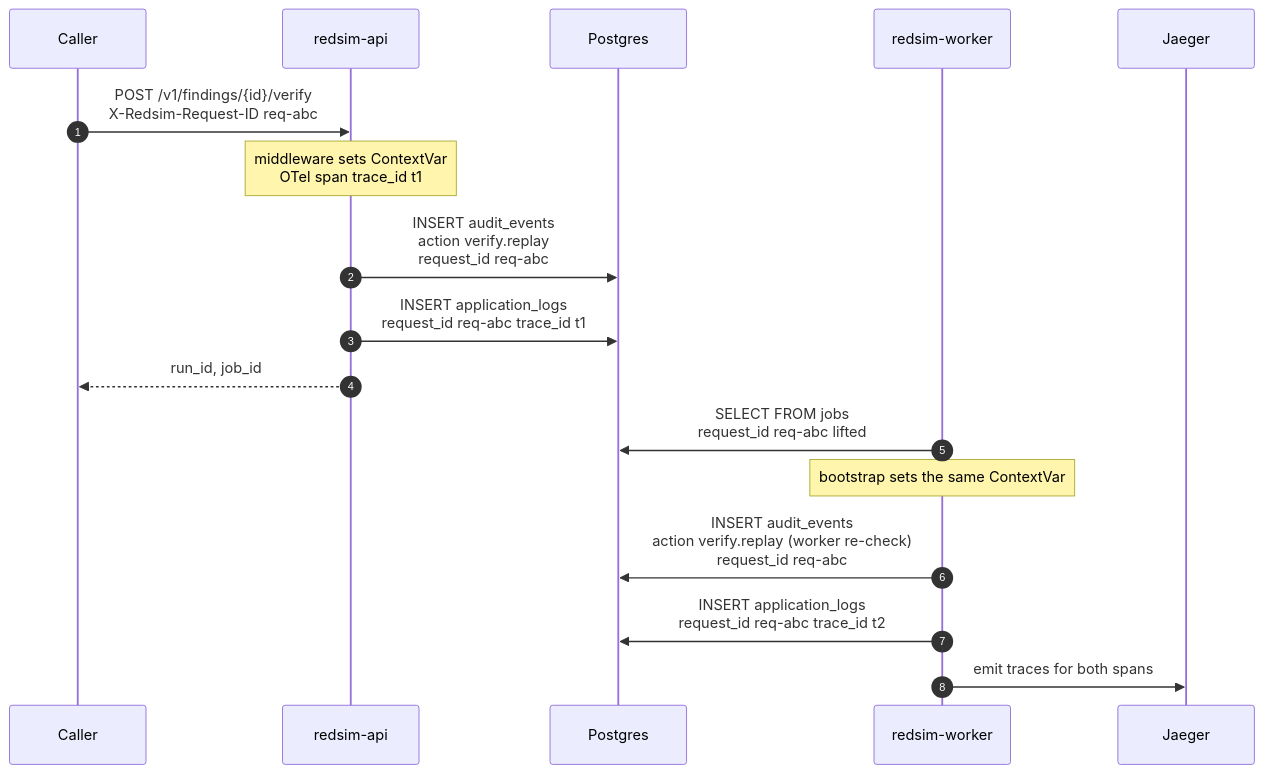
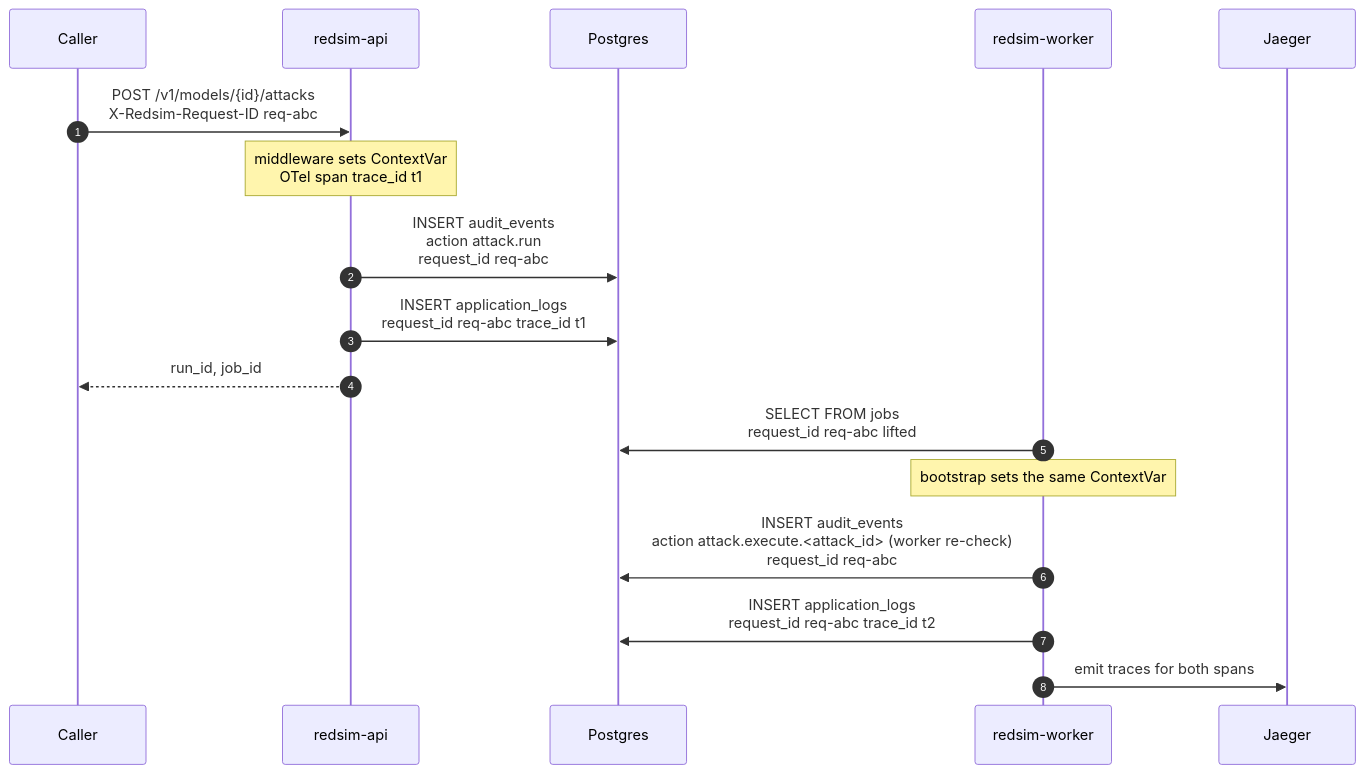
The fifth of 5 diagrams in docs/architecture/observability.md (IntelliBridge/ndia-red-team-simulator), drawn with Mermaid before and after one commit. The commit also changed other lines of this file and 220 other files, not shown here.

First line of the commit message:
refactor: remove the verify paradigm, every run is a measurement (#97)

````diff
--- a/docs/architecture/observability.md
+++ b/docs/architecture/observability.md
@@ -280,21 +279,21 @@
 ```mermaid
 sequenceDiagram
     autonumber
     participant U as Caller
     participant API as redsim-api
     participant DB as Postgres
     participant W as redsim-worker
     participant T as Jaeger
 
-    U->>API: POST /v1/findings/{id}/verify<br/>X-Redsim-Request-ID req-abc
+    U->>API: POST /v1/models/{id}/attacks<br/>X-Redsim-Request-ID req-abc
     Note over API: middleware sets ContextVar<br/>OTel span trace_id t1
-    API->>DB: INSERT audit_events<br/>action verify.replay<br/>request_id req-abc
+    API->>DB: INSERT audit_events<br/>action attack.run<br/>request_id req-abc
     API->>DB: INSERT application_logs<br/>request_id req-abc trace_id t1
     API-->>U: run_id, job_id
 
     W->>DB: SELECT FROM jobs<br/>request_id req-abc lifted
     Note over W: bootstrap sets the same ContextVar
-    W->>DB: INSERT audit_events<br/>action verify.replay (worker re-check)<br/>request_id req-abc
+    W->>DB: INSERT audit_events<br/>action attack.execute.<attack_id> (worker re-check)<br/>request_id req-abc
     W->>DB: INSERT application_logs<br/>request_id req-abc trace_id t2
     W->>T: emit traces for both spans
 ```
````
